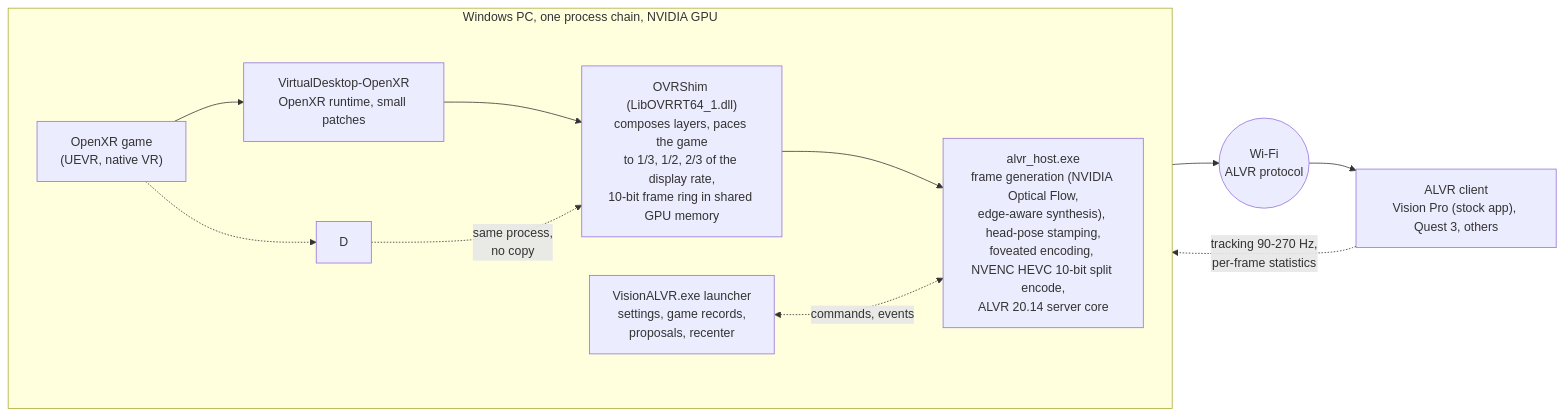
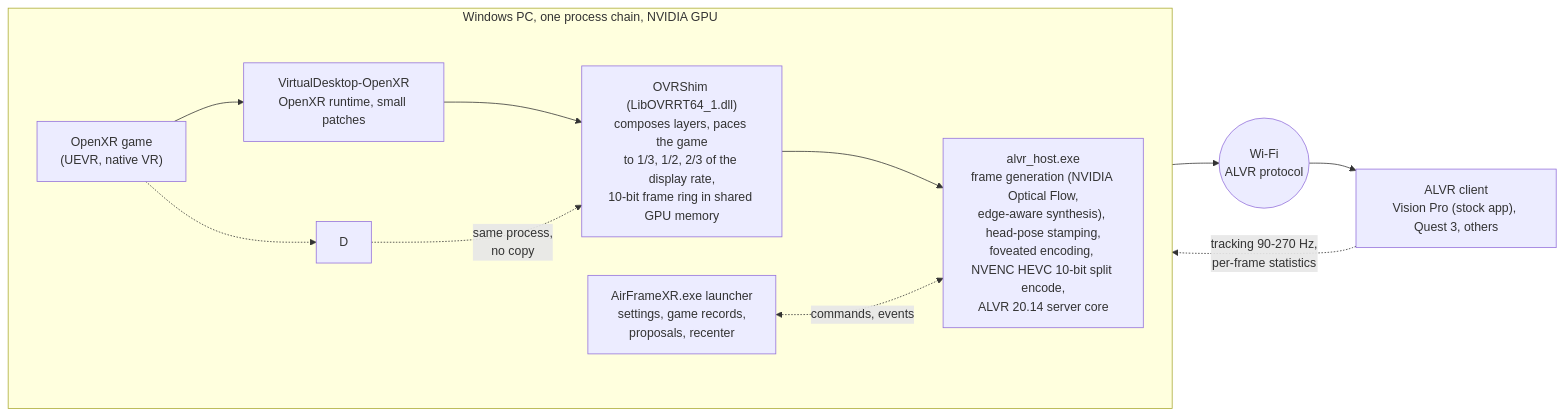
One commit to jfbobier/AirFrameXR changed the diagram in README.md. Above: the diagram before and after it, drawn with Mermaid. The commit also changed other lines of this file and 241 other files, not shown here.

````diff
--- a/README.md
+++ b/README.md
@@ -66,18 +68,18 @@
 ```mermaid
 flowchart LR
     subgraph PC["Windows PC, one process chain, NVIDIA GPU"]
         direction LR
         G["OpenXR game<br/>(UEVR, native VR)"]
         V["VirtualDesktop-OpenXR<br/>OpenXR runtime, small patches"]
         S["OVRShim (LibOVRRT64_1.dll)<br/>composes layers, paces the game<br/>to 1/3, 1/2, 2/3 of the display rate,<br/>10-bit frame ring in shared GPU memory"]
         H["alvr_host.exe<br/>frame generation (NVIDIA Optical Flow,<br/>edge-aware synthesis), head-pose stamping,<br/>foveated encoding, NVENC HEVC 10-bit split encode,<br/>ALVR 20.14 server core"]
-        L["VisionALVR.exe launcher<br/>settings, game records,<br/>proposals, recenter"]
+        L["AirFrameXR.exe launcher<br/>settings, game records,<br/>proposals, recenter"]
         G --> V --> S --> H
         G -.-> D -.->|same process,<br/>no copy| S
         L <-.->|commands, events| H
     end
     W(("Wi-Fi<br/>ALVR protocol"))
     C["ALVR client<br/>Vision Pro (stock app), Quest 3, others"]
     H --> W --> C
     C -.->|tracking 90-270 Hz,<br/>per-frame statistics| H
 ```
````
